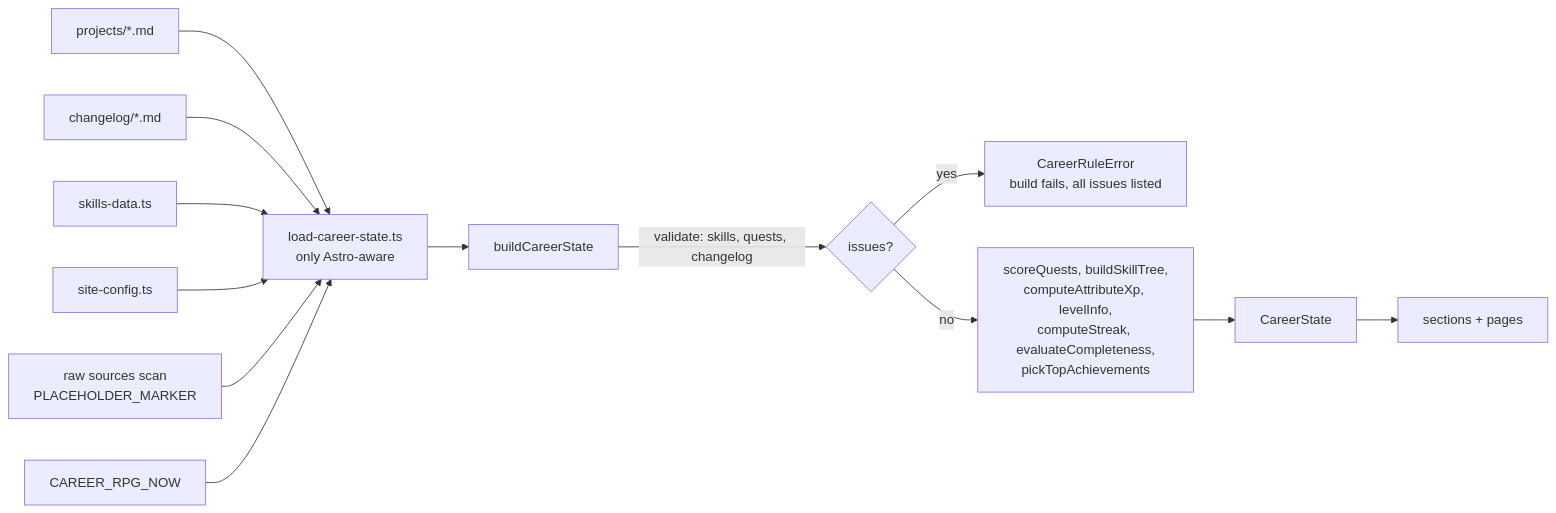
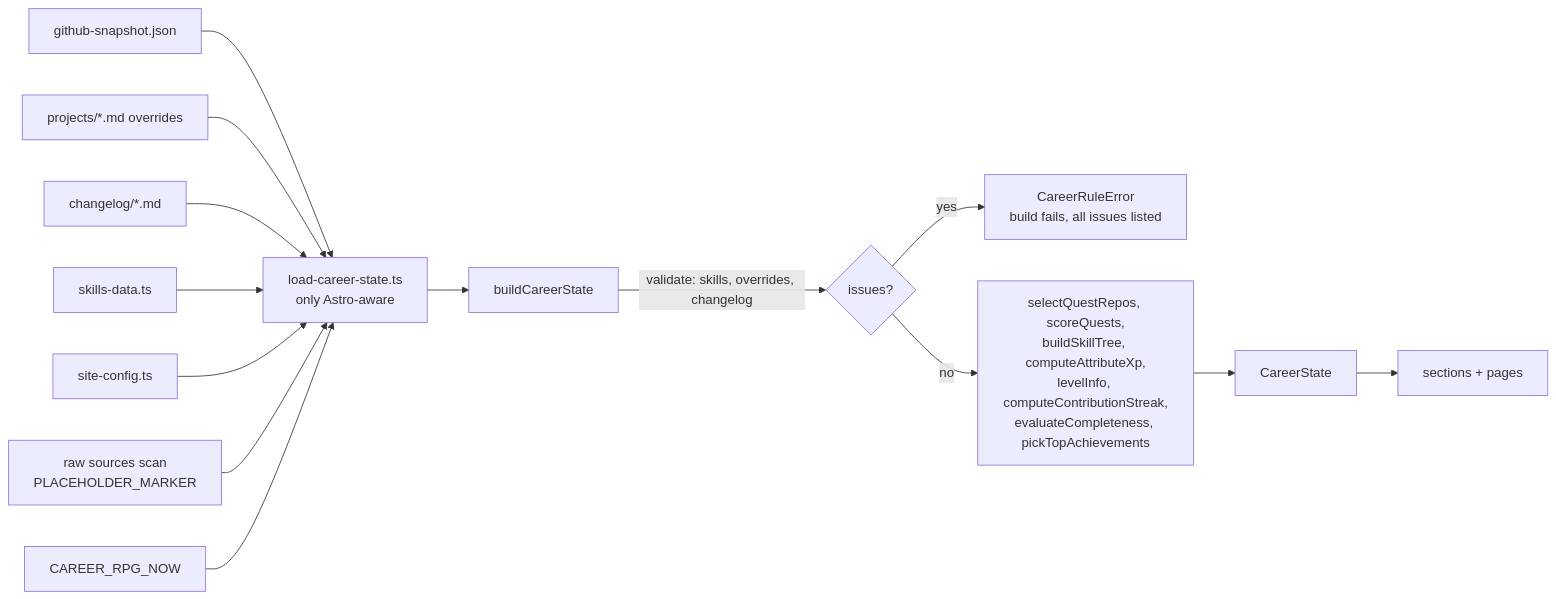
One commit to xuanduynguyen96/portfolio-app changed the fourth of 6 diagrams in docs/system-architecture.md. Above: the diagram before and after it, drawn with Mermaid. The commit also changed other lines of this file and 9 other files, not shown here.

````diff
--- a/docs/system-architecture.md
+++ b/docs/system-architecture.md
@@ -48,15 +117,16 @@
 ```mermaid
 flowchart LR
-  P[projects/*.md] --> L
+  G[github-snapshot.json] --> L
+  P[projects/*.md overrides] --> L
   X[changelog/*.md] --> L
   S[skills-data.ts] --> L
   C[site-config.ts] --> L
   R[raw sources scan<br/>PLACEHOLDER_MARKER] --> L
   E[CAREER_RPG_NOW] --> L
   L[load-career-state.ts<br/>only Astro-aware] --> B[buildCareerState]
-  B -->|validate: skills, quests, changelog| V{issues?}
+  B -->|validate: skills, overrides, changelog| V{issues?}
   V -->|yes| F[CareerRuleError<br/>build fails, all issues listed]
-  V -->|no| Q[scoreQuests, buildSkillTree,<br/>computeAttributeXp, levelInfo,<br/>computeStreak, evaluateCompleteness,<br/>pickTopAchievements]
+  V -->|no| Q[selectQuestRepos, scoreQuests,<br/>buildSkillTree, computeAttributeXp,<br/>levelInfo, computeContributionStreak,<br/>evaluateCompleteness, pickTopAchievements]
   Q --> T[CareerState]
   T --> U[sections + pages]
 ```
````
